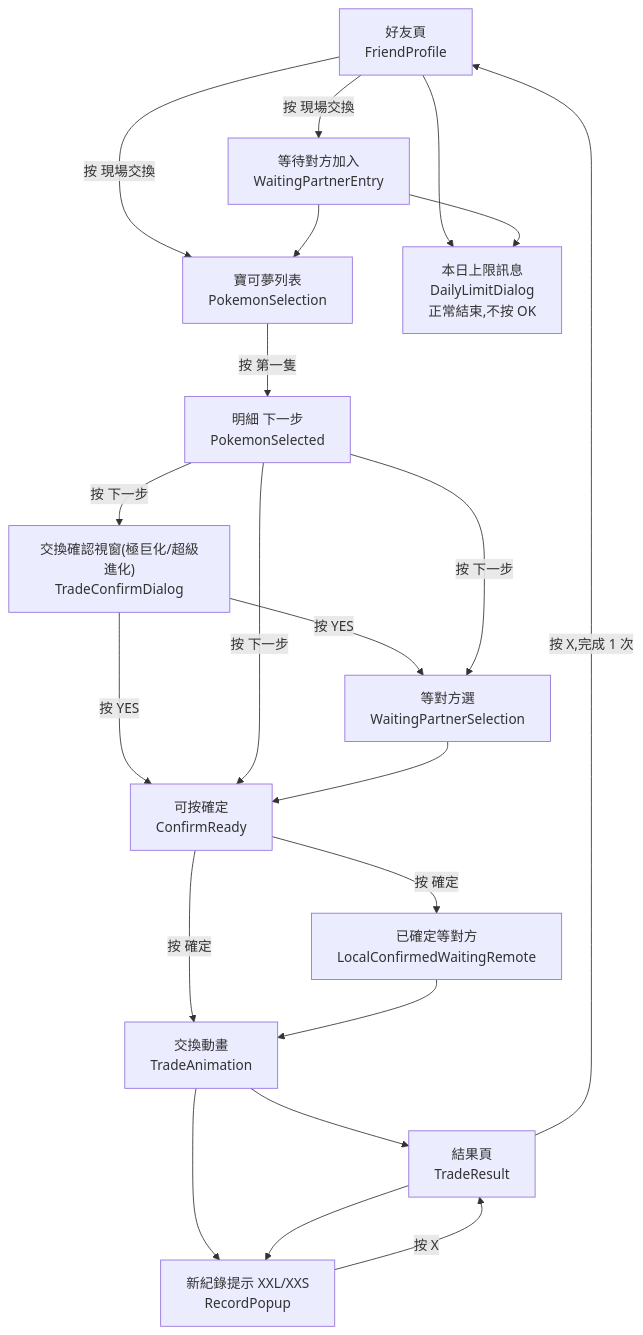
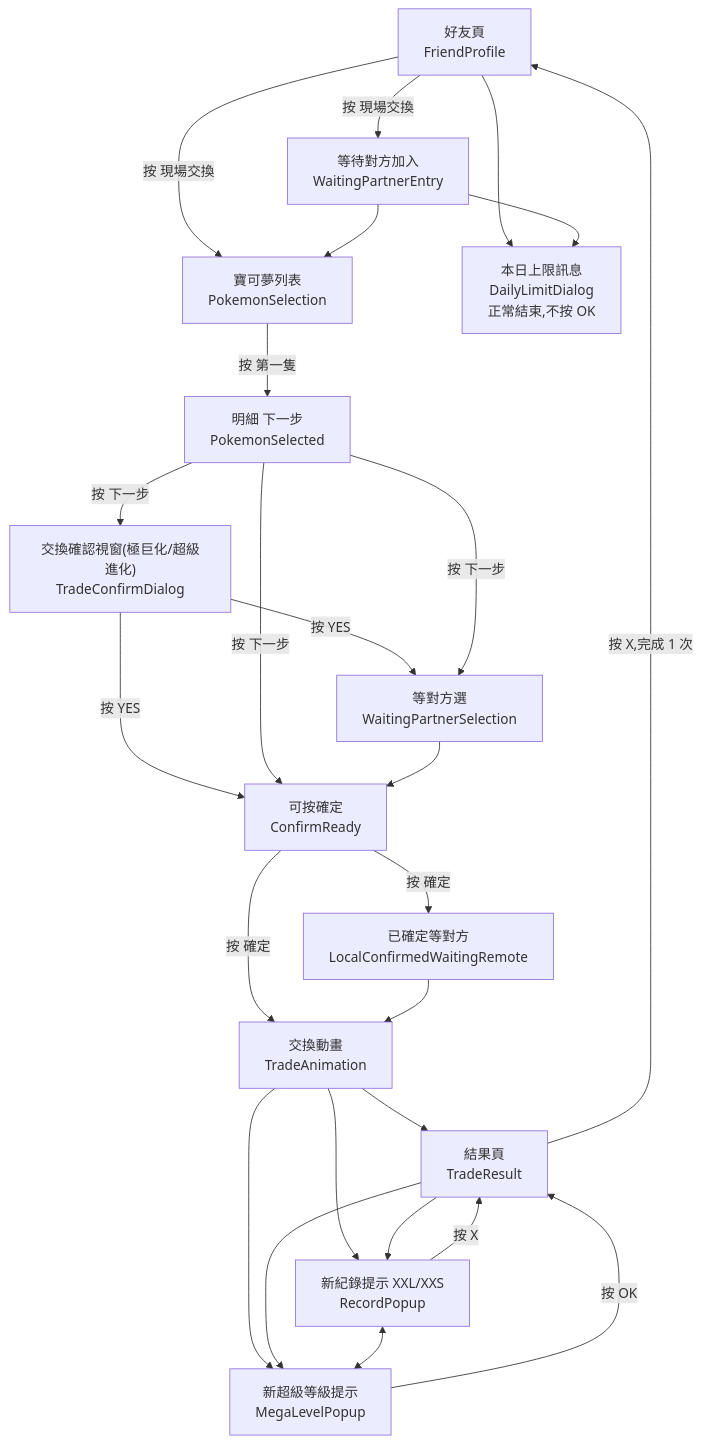
Before and after one commit to Jerry2-Yao/PG_AutoTrade-Download: the second of 2 diagrams in docs/Developer_Handbook.md, drawn with Mermaid. The commit also changed other lines of this file and 1 other file, not shown here.

````diff
--- a/docs/Developer_Handbook.md
+++ b/docs/Developer_Handbook.md
@@ -276,23 +277,27 @@
 ```mermaid
 flowchart TD
   FP["好友頁<br/>FriendProfile"] -->|"按 現場交換"| WPE["等待對方加入<br/>WaitingPartnerEntry"]
   FP -->|"按 現場交換"| PS["寶可夢列表<br/>PokemonSelection"]
   WPE --> PS
   FP --> DL["本日上限訊息<br/>DailyLimitDialog<br/>正常結束,不按 OK"]
   WPE --> DL
   PS -->|"按 第一隻"| PD["明細 下一步<br/>PokemonSelected"]
   PD -->|"按 下一步"| TCD["交換確認視窗(極巨化/超級進化)<br/>TradeConfirmDialog"]
   TCD -->|"按 YES"| WPS["等對方選<br/>WaitingPartnerSelection"]
   TCD -->|"按 YES"| CR["可按確定<br/>ConfirmReady"]
   PD -->|"按 下一步"| WPS
   PD -->|"按 下一步"| CR
   WPS --> CR
   CR -->|"按 確定"| LC["已確定等對方<br/>LocalConfirmedWaitingRemote"]
   CR -->|"按 確定"| TA["交換動畫<br/>TradeAnimation"]
   LC --> TA
   TA --> TR["結果頁<br/>TradeResult"]
   TA --> RP["新紀錄提示 XXL/XXS<br/>RecordPopup"]
   TR --> RP
   RP -->|"按 X"| TR
+  TA --> MP["新超級等級提示<br/>MegaLevelPopup"]
+  TR --> MP
+  MP -->|"按 OK"| TR
+  RP <--> MP
   TR -->|"按 X,完成 1 次"| FP
 ```
````
